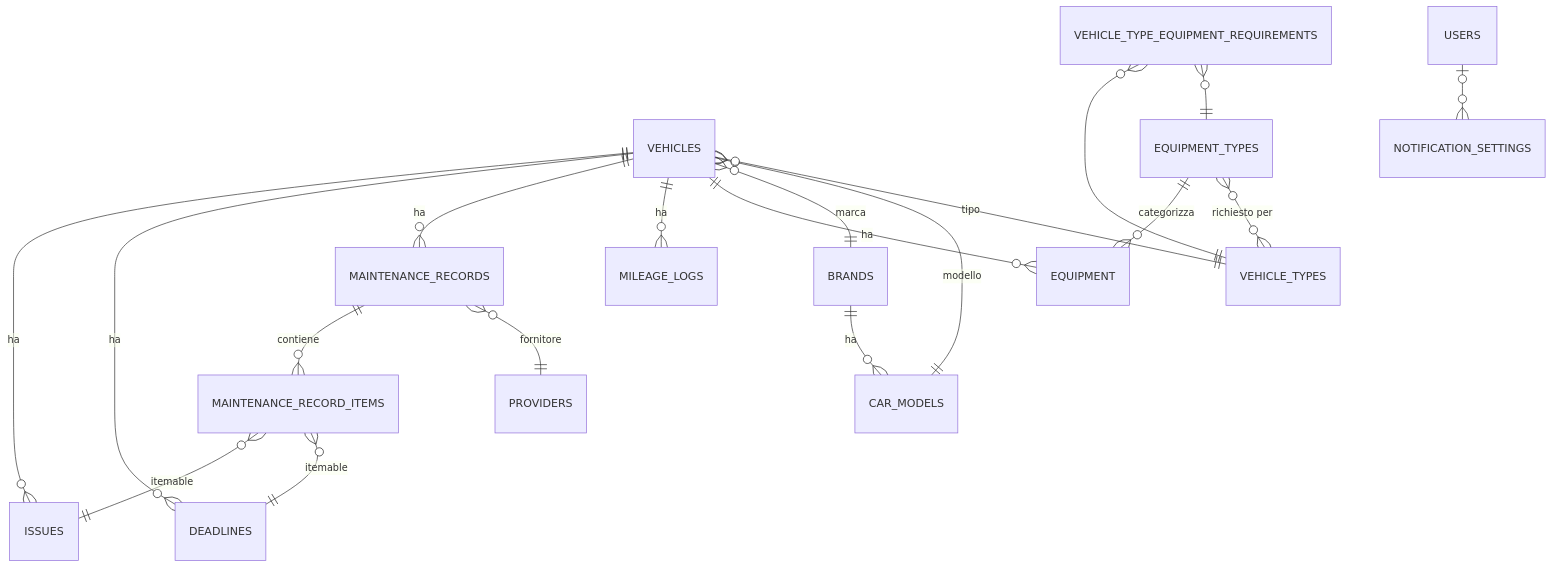
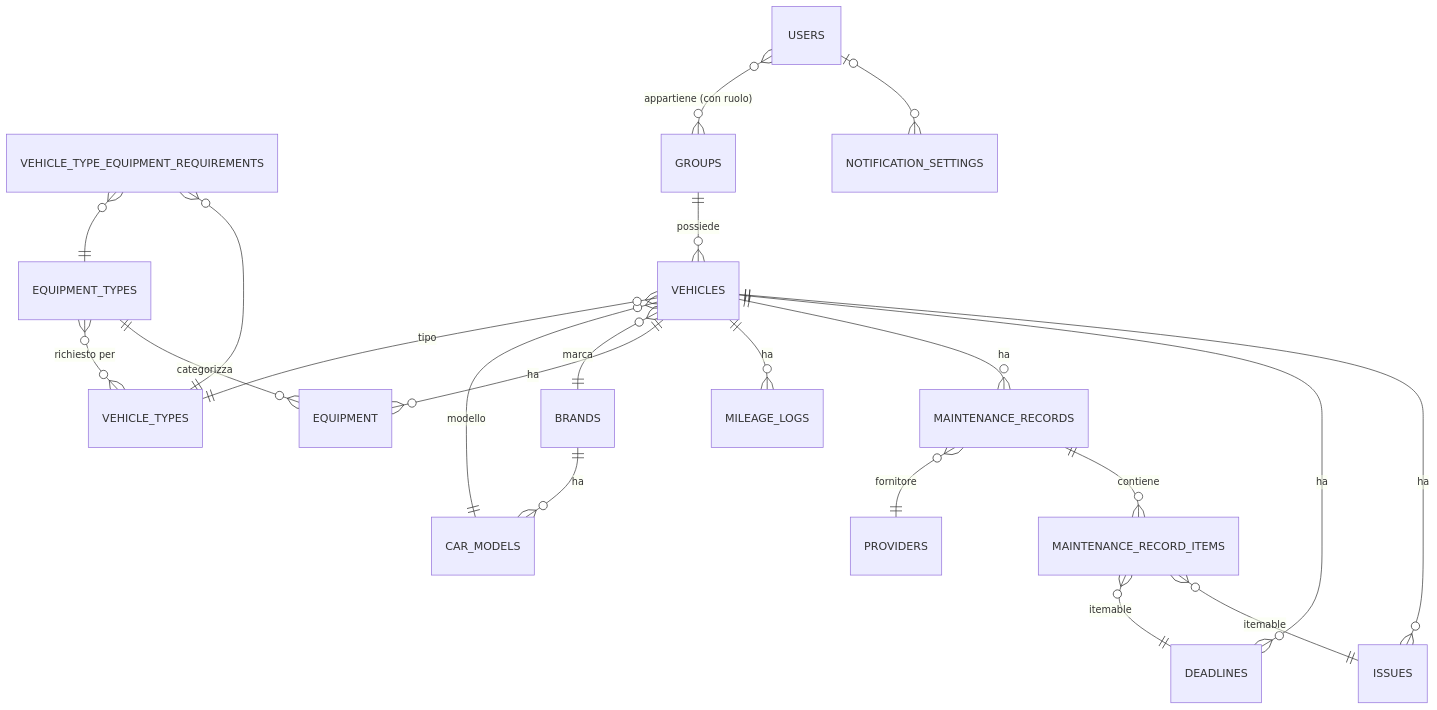
Before and after one commit to mirkobechini/CV_Backoffice: the diagram in README.md, drawn with Mermaid. The commit also changed other lines of this file, not shown here.

Commit message:
docs: update README with notifications, groups/roles and updated test count

````diff
--- a/README.md
+++ b/README.md
@@ -187,29 +192,31 @@
 ```mermaid
 erDiagram
     %% Veicoli e anagrafica
     VEHICLES ||--o{ ISSUES : "ha"
     VEHICLES ||--o{ DEADLINES : "ha"
     VEHICLES ||--o{ MAINTENANCE_RECORDS : "ha"
     VEHICLES ||--o{ MILEAGE_LOGS : "ha"
     VEHICLES ||--o{ EQUIPMENT : "ha"
     VEHICLES }o--|| BRANDS : "marca"
     VEHICLES }o--|| CAR_MODELS : "modello"
     VEHICLES }o--|| VEHICLE_TYPES : "tipo"
 
     BRANDS ||--o{ CAR_MODELS : "ha"
 
     EQUIPMENT_TYPES ||--o{ EQUIPMENT : "categorizza"
     EQUIPMENT_TYPES }o--o{ VEHICLE_TYPES : "richiesto per"
 
     VEHICLE_TYPE_EQUIPMENT_REQUIREMENTS }o--|| VEHICLE_TYPES : ""
     VEHICLE_TYPE_EQUIPMENT_REQUIREMENTS }o--|| EQUIPMENT_TYPES : ""
 
     %% Manutenzione polimorfica
     MAINTENANCE_RECORDS ||--o{ MAINTENANCE_RECORD_ITEMS : "contiene"
     MAINTENANCE_RECORD_ITEMS }o--|| ISSUES : "itemable"
     MAINTENANCE_RECORD_ITEMS }o--|| DEADLINES : "itemable"
     MAINTENANCE_RECORDS }o--|| PROVIDERS : "fornitore"
 
     %% Utenti e configurazione
     USERS |o--o{ NOTIFICATION_SETTINGS : ""
+    USERS }o--o{ GROUPS : "appartiene (con ruolo)"
+    GROUPS ||--o{ VEHICLES : "possiede"
 ```
````
